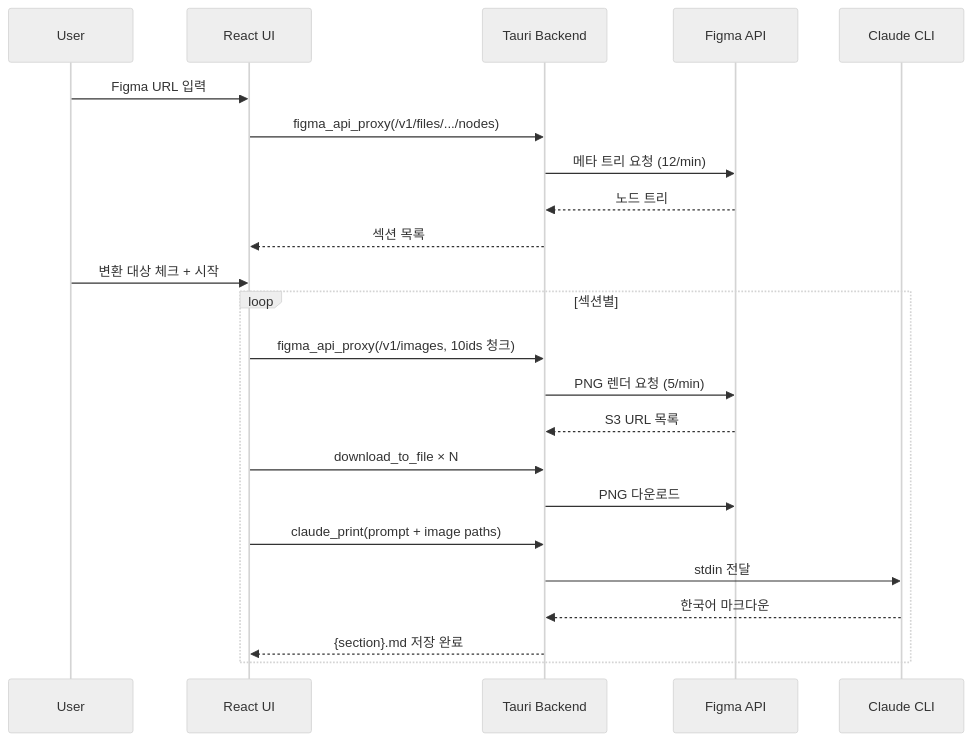
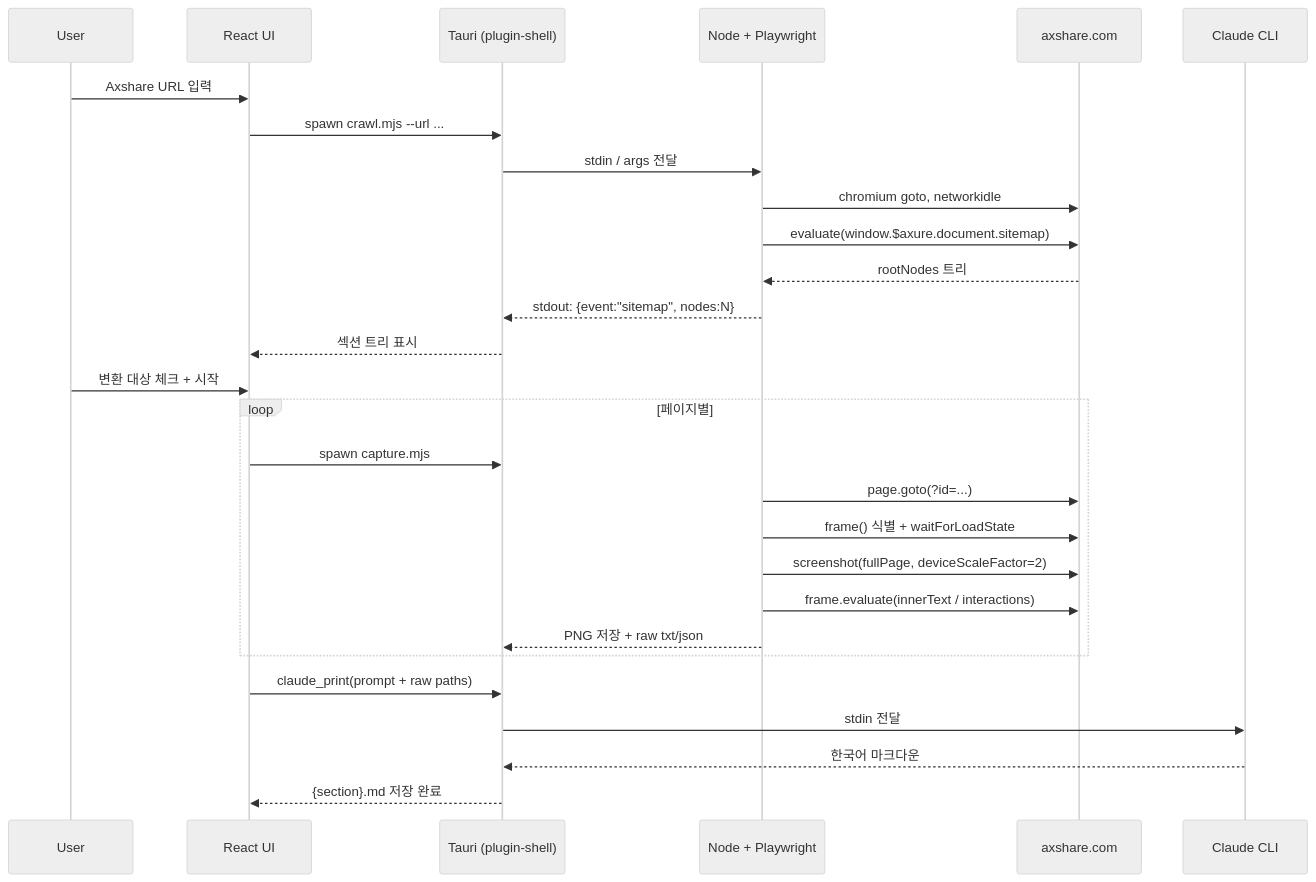
One commit to leonardo204/Portfolio changed the second of 2 diagrams in projects/flipbook-maker/README.md. Above: the diagram before and after it, drawn with Mermaid (neutral theme). The commit also changed other lines of this file and 3 other files, not shown here.

First line of the commit message:
[Docs] Refine FlipMD project page with Axshare and Playwright details

````diff
--- a/projects/flipbook-maker/README.md
+++ b/projects/flipbook-maker/README.md
@@ -107,26 +140,31 @@
 ```mermaid
 sequenceDiagram
     participant U as User
     participant UI as React UI
-    participant T as Tauri Backend
-    participant F as Figma API
+    participant T as Tauri (plugin-shell)
+    participant N as Node + Playwright
+    participant AX as axshare.com
     participant C as Claude CLI
 
-    U->>UI: Figma URL 입력
-    UI->>T: figma_api_proxy(/v1/files/.../nodes)
-    T->>F: 메타 트리 요청 (12/min)
-    F-->>T: 노드 트리
-    T-->>UI: 섹션 목록
+    U->>UI: Axshare URL 입력
+    UI->>T: spawn crawl.mjs --url ...
+    T->>N: stdin / args 전달
+    N->>AX: chromium goto, networkidle
+    N->>AX: evaluate(window.$axure.document.sitemap)
+    AX-->>N: rootNodes 트리
+    N-->>T: stdout: {event:"sitemap", nodes:N}
+    T-->>UI: 섹션 트리 표시
     U->>UI: 변환 대상 체크 + 시작
-    loop 섹션별
-        UI->>T: figma_api_proxy(/v1/images, 10ids 청크)
-        T->>F: PNG 렌더 요청 (5/min)
-        F-->>T: S3 URL 목록
-        UI->>T: download_to_file × N
-        T->>F: PNG 다운로드
-        UI->>T: claude_print(prompt + image paths)
-        T->>C: stdin 전달
-        C-->>T: 한국어 마크다운
-        T-->>UI: {section}.md 저장 완료
+    loop 페이지별
+        UI->>T: spawn capture.mjs
+        N->>AX: page.goto(?id=...)
+        N->>AX: frame() 식별 + waitForLoadState
+        N->>AX: screenshot(fullPage, deviceScaleFactor=2)
+        N->>AX: frame.evaluate(innerText / interactions)
+        N-->>T: PNG 저장 + raw txt/json
     end
+    UI->>T: claude_print(prompt + raw paths)
+    T->>C: stdin 전달
+    C-->>T: 한국어 마크다운
+    T-->>UI: {section}.md 저장 완료
 ```
````
